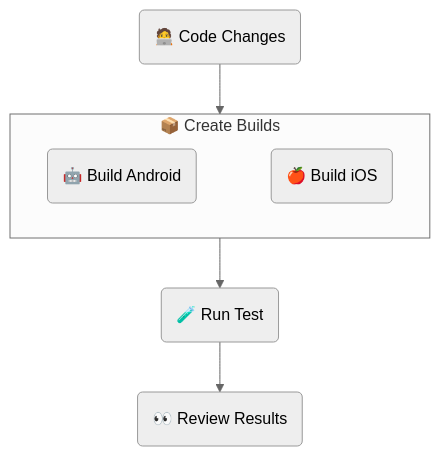
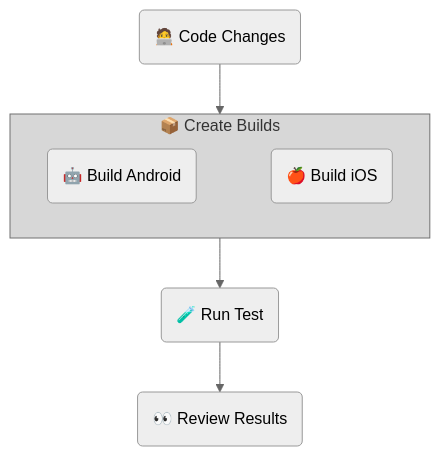
The diagram in examples/standard/README.md (sherlo-io/sherlo), drawn with Mermaid (neutral theme) before and after one commit.

Commit message:
no message

````diff
--- a/examples/standard/README.md
+++ b/examples/standard/README.md
@@ -14,16 +14,16 @@
 ```mermaid
 flowchart TB
    UI(🧑‍💻 Code Changes)
    subgraph Build[📦 Create Builds]
       Android(🤖 Build Android)
       iOS(🍎 Build iOS)
       Android ~~~ iOS
-      style Build fill:##49494938
+      style Build fill:#49494938
    end
    Test(🧪 Run Test)
    Review(👀 Review Results)
 
    UI --> Build
    Build --> Test
    Test --> Review
 ```
````
